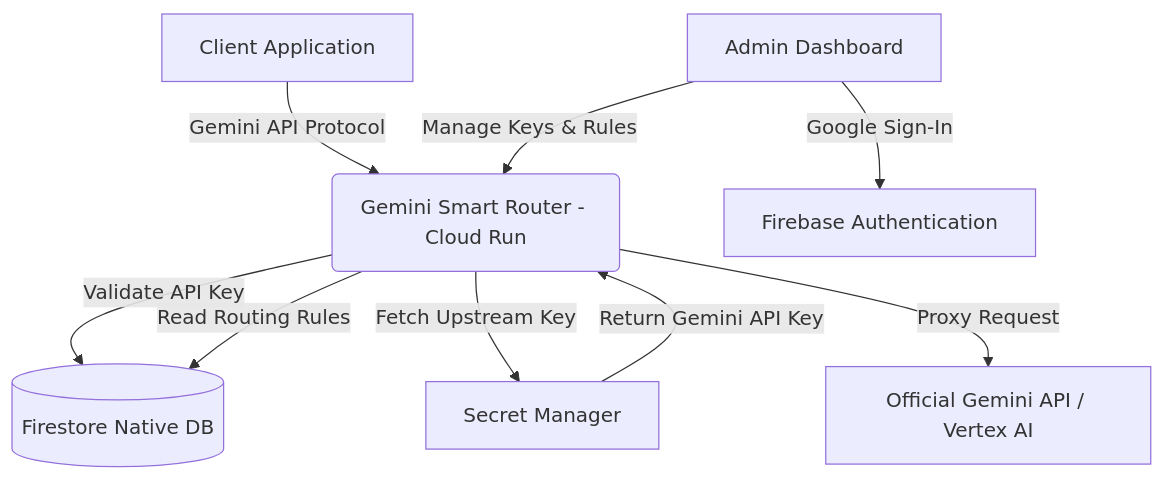
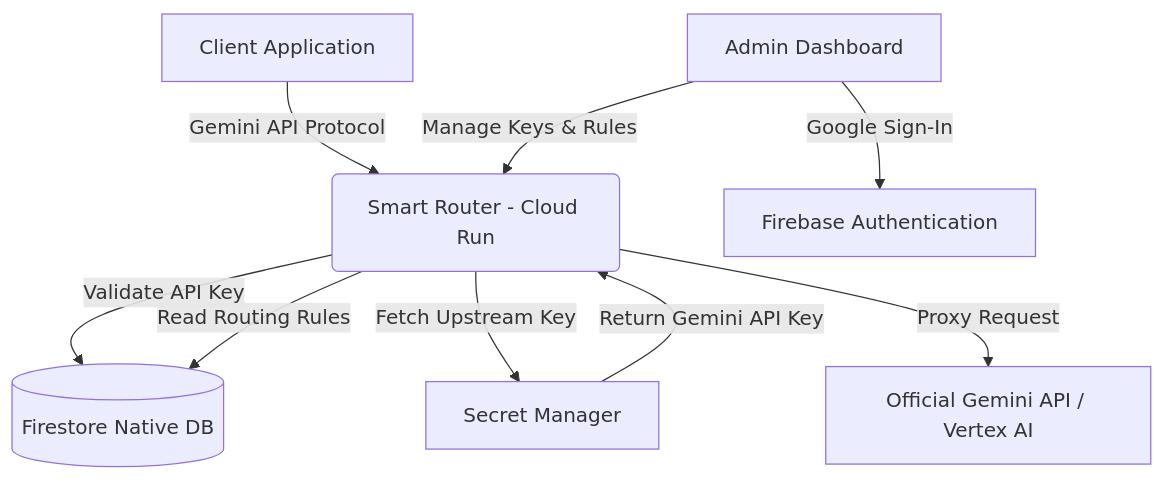
The diagram in README.md (davenportjw/smartrouter), drawn with Mermaid before and after one commit. The commit also changed other lines of this file and 13 other files, not shown here.

Commit message:
feat: add gemini-dynamic model and automate Firestore seeding, while rebranding project to Smart Router

````diff
--- a/README.md
+++ b/README.md
@@ -16,12 +16,12 @@
 ```mermaid
 flowchart TD
-    A[Client Application] -->|Gemini API Protocol| B(Gemini Smart Router - Cloud Run)
+    A[Client Application] -->|Gemini API Protocol| B(Smart Router - Cloud Run)
     B -->|Validate API Key| C[(Firestore Native DB)]
     B -->|Read Routing Rules| C
     B -->|Fetch Upstream Key| D[Secret Manager]
     D -->|Return Gemini API Key| B
     B -->|Proxy Request| E[Official Gemini API / Vertex AI]
     
     F[Admin Dashboard] -->|Manage Keys & Rules| B
     F -->|Google Sign-In| G[Firebase Authentication]
 ```
````
